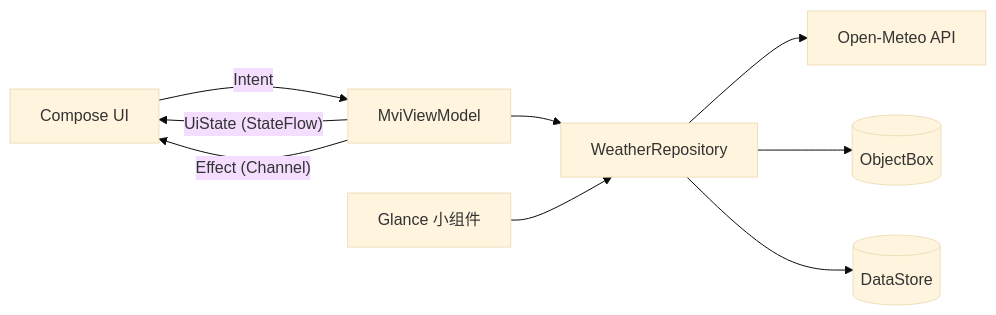
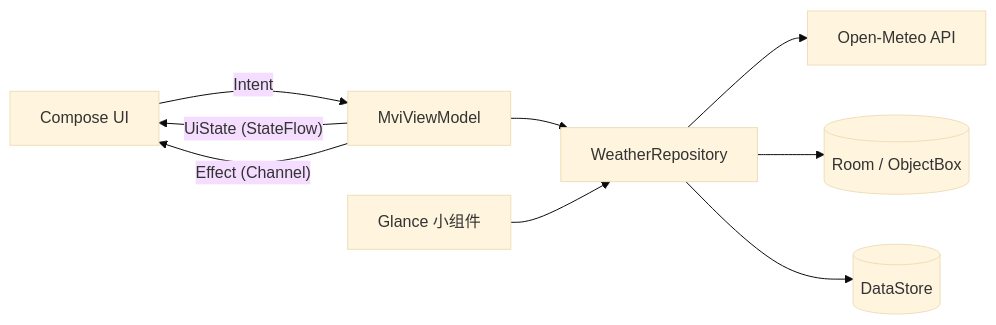
Before and after one commit to Git-a-Live/ComposeWeather: the diagram in README.md, drawn with Mermaid (base theme). The commit also changed other lines of this file, not shown here.

First line of the commit message:
docs(readme): 补充 ObjectBox 本地存储双路线说明

````diff
--- a/README.md
+++ b/README.md
@@ -48,11 +59,11 @@
 ```mermaid
 flowchart LR
     UI["Compose UI"] -- Intent --> VM["MviViewModel"]
     VM -- "UiState (StateFlow)" --> UI
     VM -- "Effect (Channel)" --> UI
     VM --> Repo["WeatherRepository"]
     Repo --> Remote["Open-Meteo API"]
-    Repo --> DB[("ObjectBox")]
+    Repo --> DB[("Room / ObjectBox")]
     Repo --> Prefs[("DataStore")]
     Widget["Glance 小组件"] --> Repo
 ```
````
